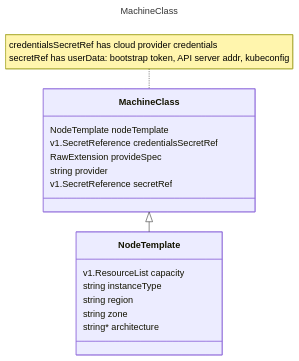
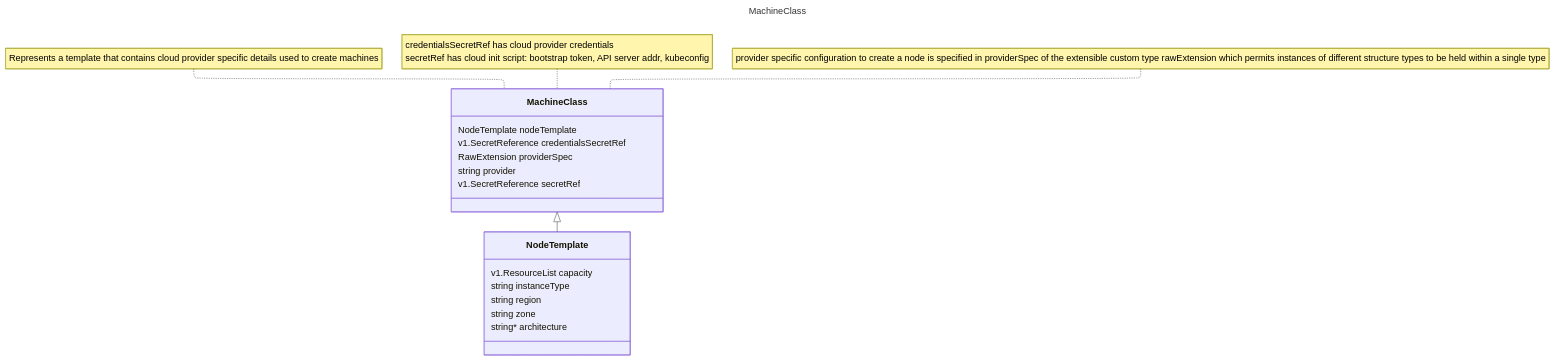
The second of 4 diagrams in content/notes/20241129T160749--mcm__k8s_sap_work.md (brongulus/brongulus.github.io), drawn with Mermaid before and after one commit. The commit also changed other lines of this file and 34 other files, not shown here.

````diff
--- a/content/notes/20241129T160749--mcm__k8s_sap_work.md
+++ b/content/notes/20241129T160749--mcm__k8s_sap_work.md
@@ -97,29 +115,32 @@
 ```mermaid
 ---
 title: MachineClass
 config:
   layout: elk
   class:
     hideEmptyMembersBox: true
 ---
+%%{init: { 'themeVariables': { 'lineColor': '#51565b'}}}%%
 classDiagram
  %% MachineClass ---------------------------------
+   note for MachineClass "Represents a template that contains cloud provider specific details used to create machines"
    MachineClass <|-- NodeTemplate
    class MachineClass{
    NodeTemplate nodeTemplate
    v1.SecretReference credentialsSecretRef
-   RawExtension provideSpec
+   RawExtension providerSpec
    string provider
    v1.SecretReference secretRef
    }
-   note for MachineClass "credentialsSecretRef has cloud provider credentials<br>secretRef has userData: bootstrap token, API server addr, kubeconfig"
+   note for MachineClass "credentialsSecretRef has cloud provider credentials<br>secretRef has cloud init script: bootstrap token, API server addr, kubeconfig"
+   note for MachineClass "provider specific configuration to create a node is specified in providerSpec of the extensible custom type rawExtension which permits instances of different structure types to be held within a single type"
 
    class NodeTemplate{
    v1.ResourceList capacity
    string instanceType
    string region
    string zone
    string* architecture
    }
 
 ```
````
